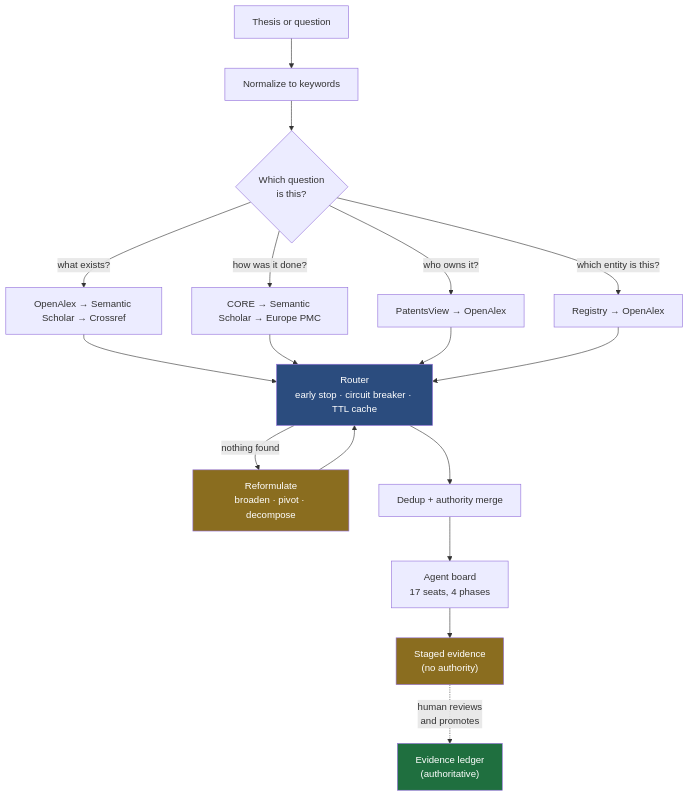
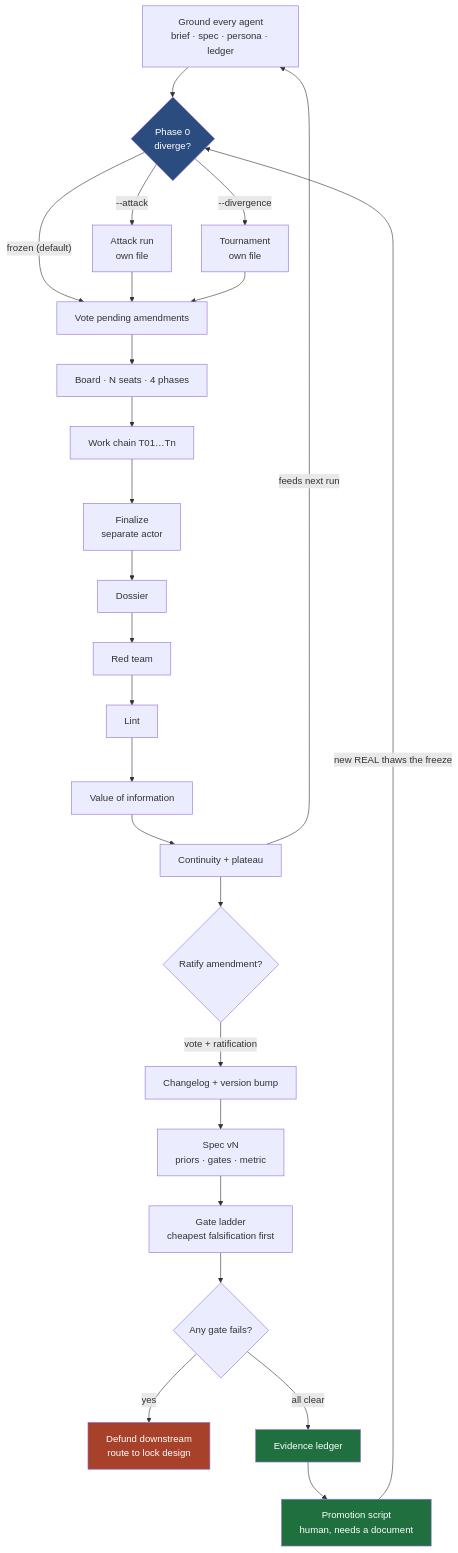
One commit to JoeJeff101/run-engine changed the diagram in README.md. Above: the diagram before and after it, drawn with Mermaid. The commit also changed other lines of this file and 7 other files, not shown here.

First line of the commit message:
Docs: the spec folded in, the README rewritten, and every claim backed

````diff
--- a/README.md
+++ b/README.md
@@ -49,28 +137,28 @@
 ```mermaid
 flowchart TD
-    Q["Thesis or question"] --> KW["Normalize to keywords"]
-    KW --> INT{"Which question<br/>is this?"}
+    G["Ground every agent<br/>brief · spec · persona · ledger"] --> P0{"Phase 0<br/>diverge?"}
+    P0 -->|"frozen (default)"| V["Vote pending amendments"]
+    P0 -->|"--attack"| A["Attack run<br/>own file"] --> V
+    P0 -->|"--divergence"| D["Tournament<br/>own file"] --> V
+    V --> B["Board · N seats · 4 phases"]
+    B --> W["Work chain T01…Tn"]
+    W --> F["Finalize<br/>separate actor"]
+    F --> DOS["Dossier"] --> RT["Red team"] --> L["Lint"] --> VOI["Value of information"]
 
-    INT -->|"what exists?"| C1["OpenAlex → Semantic Scholar → Crossref"]
-    INT -->|"how was it done?"| C2["CORE → Semantic Scholar → Europe PMC"]
-    INT -->|"who owns it?"| C3["PatentsView → OpenAlex"]
-    INT -->|"which entity is this?"| C4["Registry → OpenAlex"]
+    SPEC["Spec vN<br/>priors · gates · metric"] --> LAD["Gate ladder<br/>cheapest falsification first"]
+    LAD --> Q{"Any gate fails?"}
+    Q -->|"yes"| STOP["Defund downstream<br/>route to lock design"]
+    Q -->|"all clear"| LED["Evidence ledger"]
 
-    C1 --> R["Router<br/>early stop · circuit breaker · TTL cache"]
-    C2 --> R
-    C3 --> R
-    C4 --> R
+    VOI --> CONT["Continuity + plateau"]
+    CONT --> RAT{"Ratify amendment?"}
+    RAT -->|"vote + ratification"| CHG["Changelog + version bump"] --> SPEC
+    CONT -->|"feeds next run"| G
+    LED --> PROMO["Promotion script<br/>human, needs a document"]
+    PROMO -->|"new REAL thaws the freeze"| P0
 
-    R -->|"nothing found"| RF["Reformulate<br/>broaden · pivot · decompose"]
-    RF --> R
-
-    R --> D["Dedup + authority merge"]
-    D --> A["Agent board<br/>17 seats, 4 phases"]
-    A --> S["Staged evidence<br/>(no authority)"]
-    S -.->|"human reviews<br/>and promotes"| L["Evidence ledger<br/>(authoritative)"]
-
-    style L fill:#1f6f3f,color:#fff
-    style S fill:#8a6d1f,color:#fff
-    style R fill:#2b4c7e,color:#fff
-    style RF fill:#8a6d1f,color:#fff
+    style LED fill:#1f6f3f,color:#fff
+    style PROMO fill:#1f6f3f,color:#fff
+    style STOP fill:#a8412a,color:#fff
+    style P0 fill:#2b4c7e,color:#fff
 ```
````
